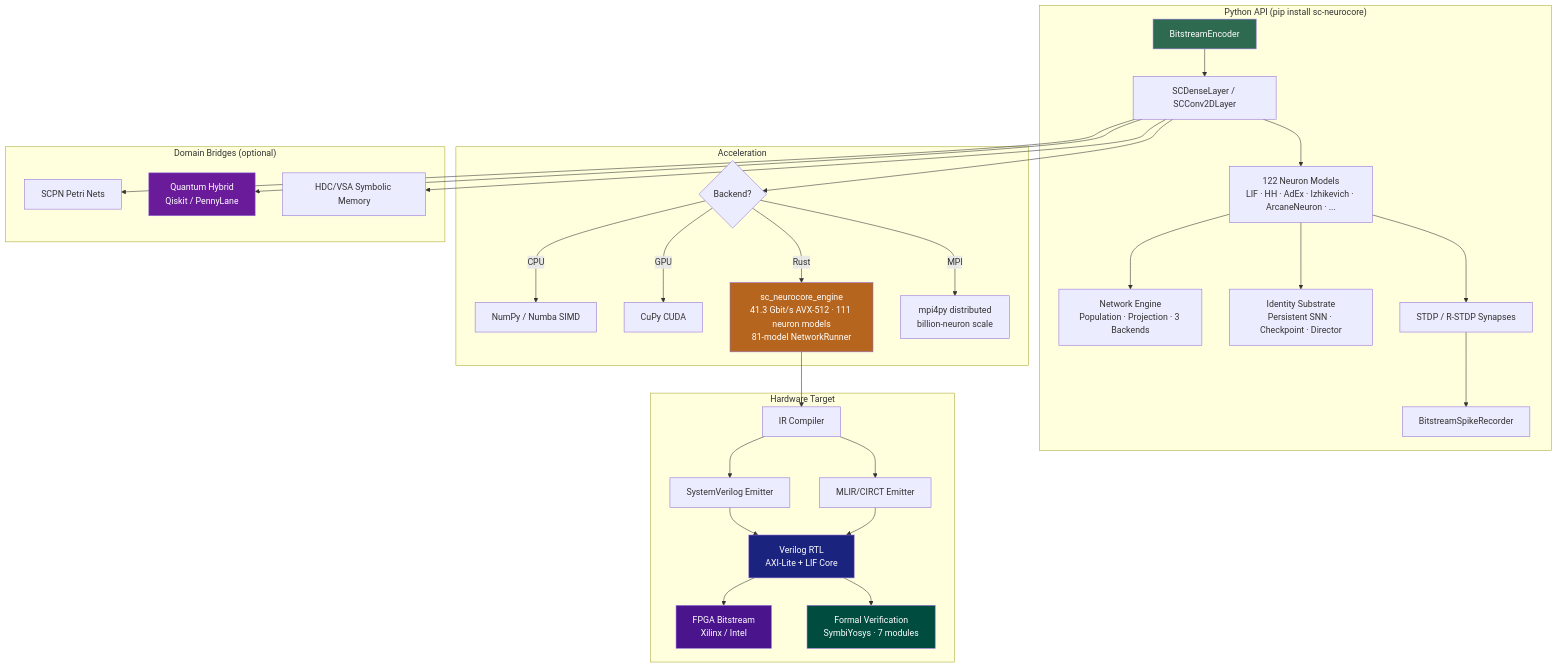
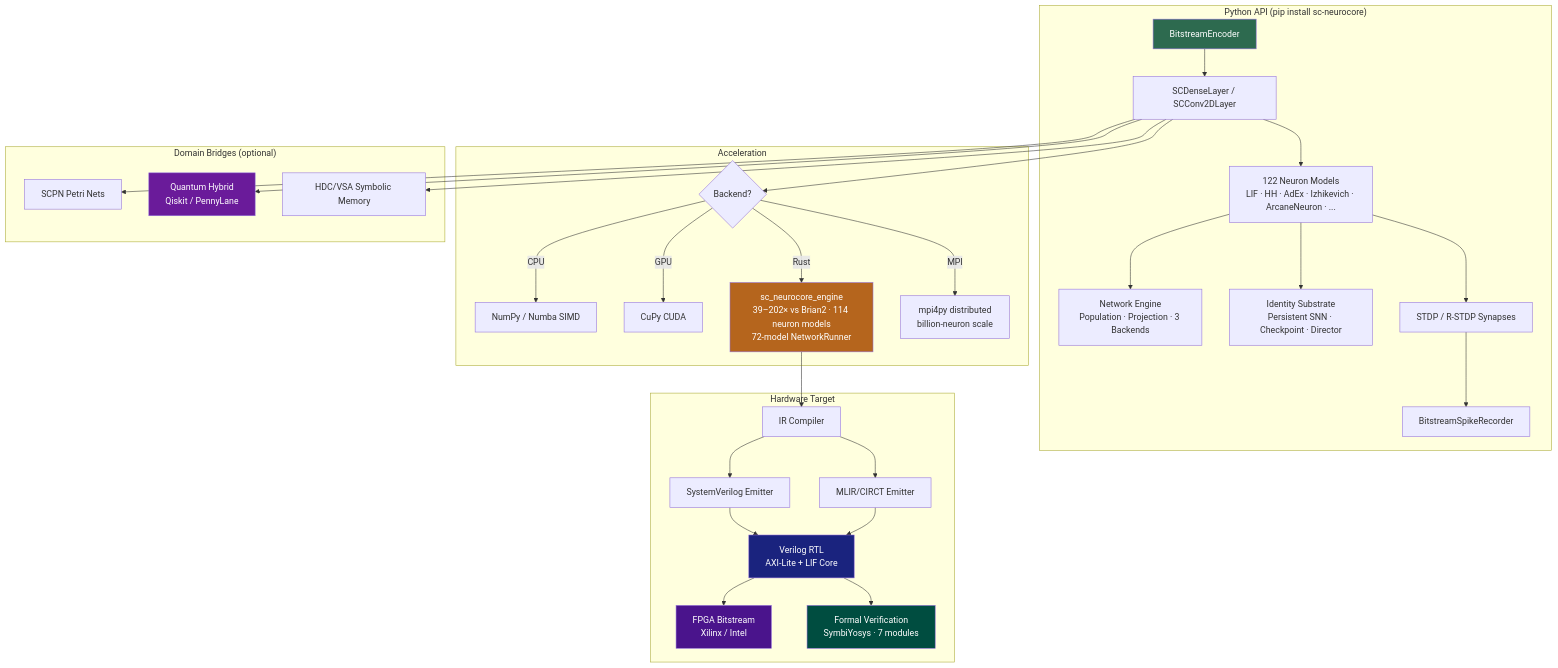
The diagram in README.md (anulum/sc-neurocore), drawn with Mermaid before and after one commit. The commit also changed other lines of this file and 15 other files, not shown here.

````diff
--- a/README.md
+++ b/README.md
@@ -270,42 +287,42 @@
 ```mermaid
 graph TD
     subgraph "Python API (pip install sc-neurocore)"
         A[BitstreamEncoder] --> B[SCDenseLayer / SCConv2DLayer]
         B --> C[122 Neuron Models<br/>LIF · HH · AdEx · Izhikevich · ArcaneNeuron · ...]
         C --> NET[Network Engine<br/>Population · Projection · 3 Backends]
         C --> ID[Identity Substrate<br/>Persistent SNN · Checkpoint · Director]
         C --> D[STDP / R-STDP Synapses]
         D --> E[BitstreamSpikeRecorder]
     end
 
     subgraph "Acceleration"
         B --> F{Backend?}
         F -->|CPU| G[NumPy / Numba SIMD]
         F -->|GPU| H[CuPy CUDA]
-        F -->|Rust| I[sc_neurocore_engine<br/>41.3 Gbit/s AVX-512 · 111 neuron models<br/>81-model NetworkRunner]
+        F -->|Rust| I[sc_neurocore_engine<br/>39–202× vs Brian2 · 114 neuron models<br/>72-model NetworkRunner]
         F -->|MPI| MPI[mpi4py distributed<br/>billion-neuron scale]
     end
 
     subgraph "Hardware Target"
         I --> J[IR Compiler]
         J --> K[SystemVerilog Emitter]
         J --> K2[MLIR/CIRCT Emitter]
         K --> L[Verilog RTL<br/>AXI-Lite + LIF Core]
         K2 --> L
         L --> M[FPGA Bitstream<br/>Xilinx / Intel]
         L --> V[Formal Verification<br/>SymbiYosys · 7 modules]
     end
 
     subgraph "Domain Bridges (optional)"
         B --> N[SCPN Petri Nets]
         B --> O[Quantum Hybrid<br/>Qiskit / PennyLane]
         B --> P[HDC/VSA Symbolic Memory]
     end
 
     style A fill:#2d6a4f,color:#fff
     style I fill:#b5651d,color:#fff
     style L fill:#1a237e,color:#fff
     style M fill:#4a148c,color:#fff
     style O fill:#6a1b9a,color:#fff
     style V fill:#004d40,color:#fff
 ```
````
